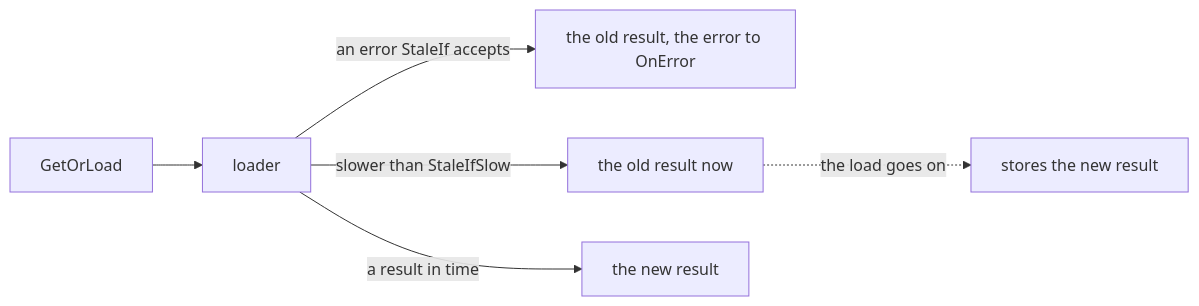
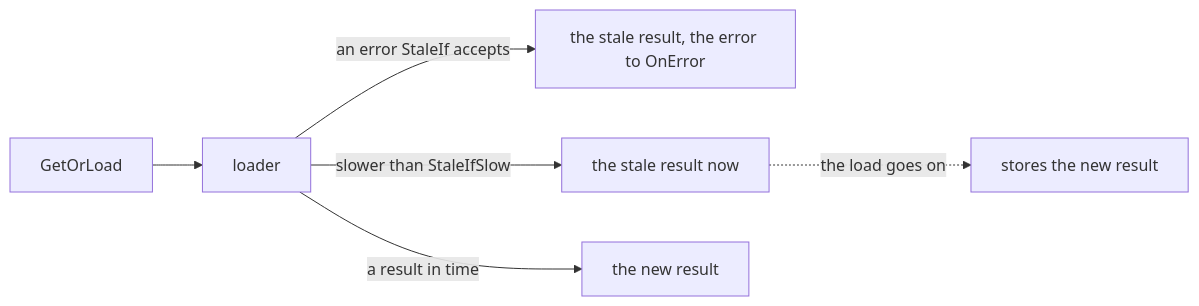
One commit to eugeneliukindev/gashe changed the second of 2 diagrams in docs/en/concepts/stale.md. Above: the diagram before and after it, drawn with Mermaid. The commit also changed other lines of this file and 119 other files, not shown here.

````diff
--- a/docs/en/concepts/stale.md
+++ b/docs/en/concepts/stale.md
@@ -68,8 +126,8 @@
 ```mermaid
 flowchart LR
     G[GetOrLoad] --> L[loader]
-    L -- "an error StaleIf accepts" --> E["the old result, the error to OnError"]
-    L -- "slower than StaleIfSlow" --> S["the old result now"]
+    L -- "an error StaleIf accepts" --> E["the stale result, the error to OnError"]
+    L -- "slower than StaleIfSlow" --> S["the stale result now"]
     S -. "the load goes on" .-> N["stores the new result"]
     L -- "a result in time" --> R["the new result"]
 ```
````
